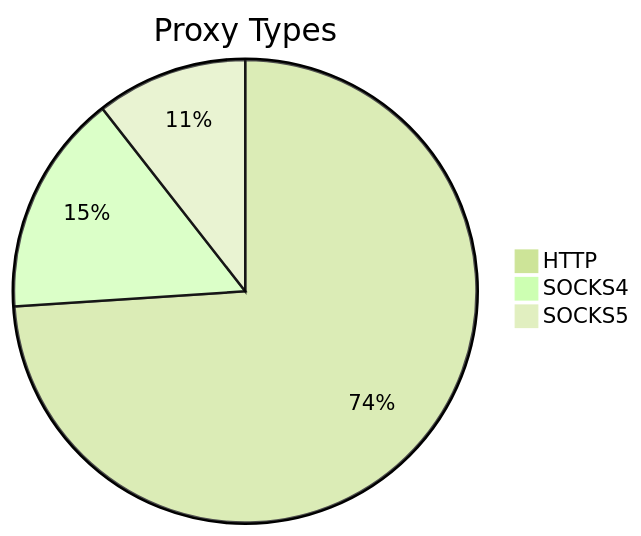
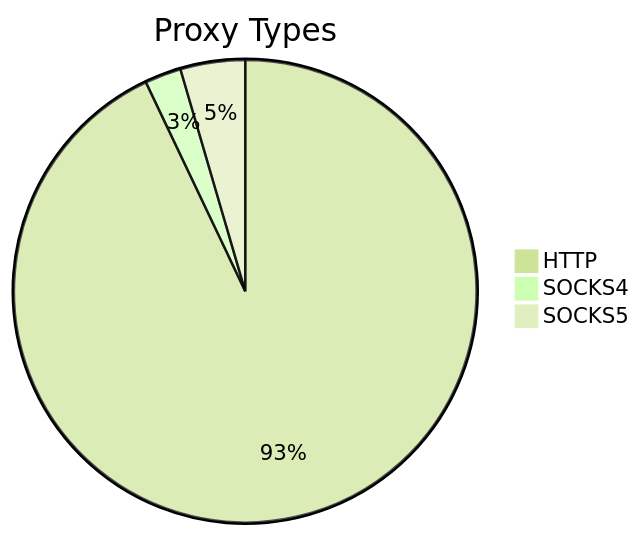
Before and after one commit to stormsia/proxy-list: the first of 2 diagrams in README.md, drawn with Mermaid (forest theme). The commit also changed other lines of this file, not shown here.

````diff
--- a/README.md
+++ b/README.md
@@ -21,6 +21,6 @@
 ```mermaid
 pie title Proxy Types
-    "HTTP" : 406
-    "SOCKS4" : 85
-    "SOCKS5" : 58
+    "HTTP" : 329
+    "SOCKS4" : 9
+    "SOCKS5" : 16
 ```
````
